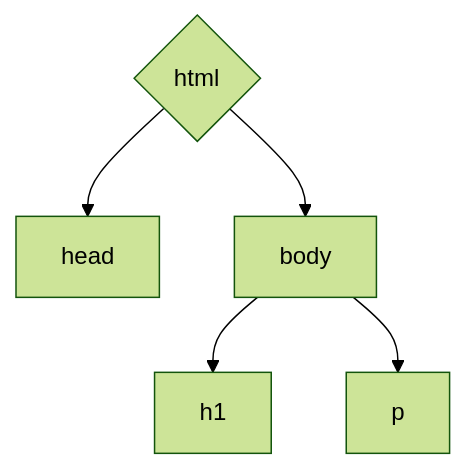
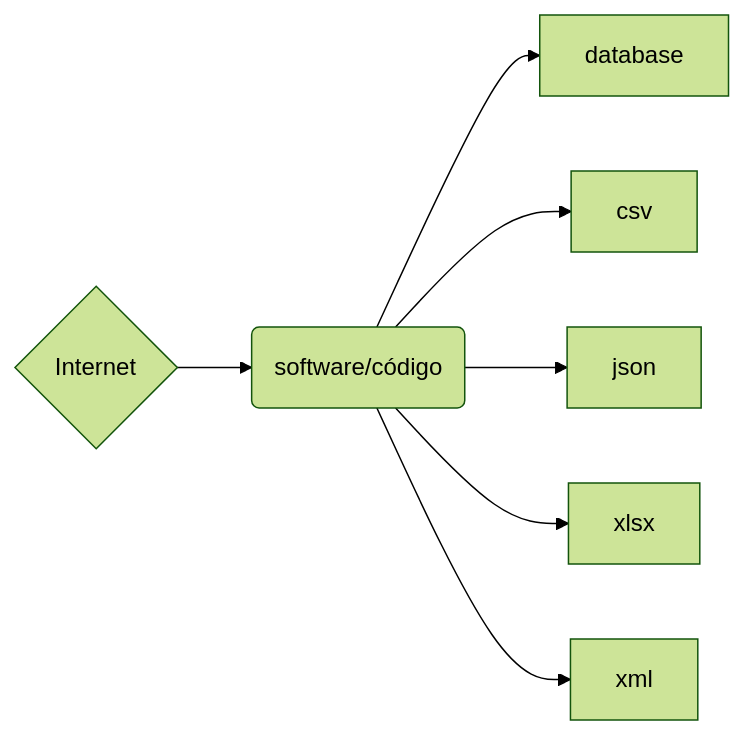
Before and after one commit to nextmarte/raspagemCid: the first of 2 diagrams in index.qmd, drawn with Mermaid (forest theme). The commit also changed other lines of this file, not shown here.

````diff
--- a/index.qmd
+++ b/index.qmd
@@ -75,12 +17,17 @@
 ```{mermaid}
-graph TB
-    A{html}
-    B[head]
-    C[body]
-    D[h1]
-    E[p]
+graph LR
+    A{Internet}
+    B(software/código)
+    C[database]
+    D[csv]
+    E[json]
+    F[xlsx]
+    G[xml]
     A --> B
-    A --> C
-    C --> D
-    C --> E
+    B --> C
+    B --> D
+    B --> E
+    B --> F
+    B --> G
+
 ```
````
